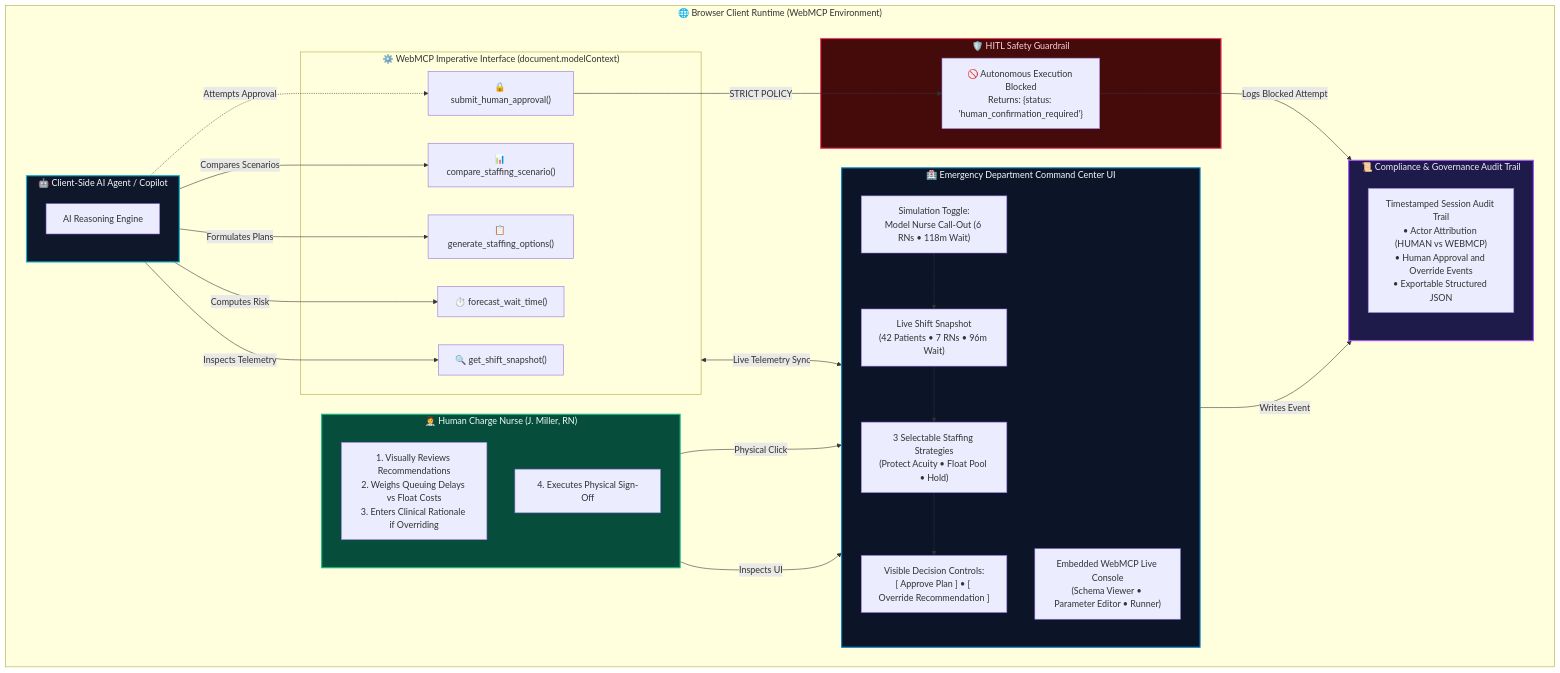
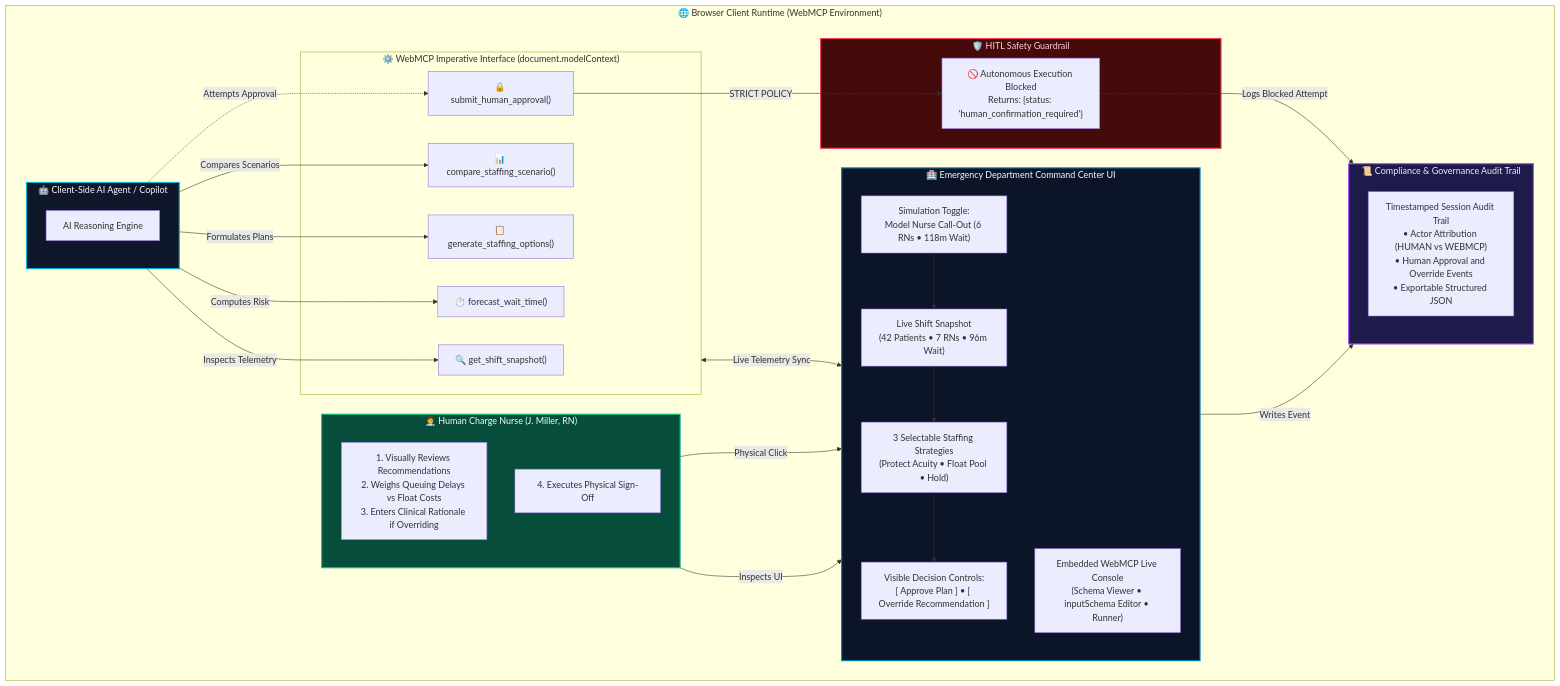
One commit to draculess99/SafeStaff-Shift-Commander-WebMCP changed the diagram in README.md. Above: the diagram before and after it, drawn with Mermaid. The commit also changed 6 other files, not shown here.

Commit message:
Align WebMCP tools with official inputSchema API

````diff
--- a/README.md
+++ b/README.md
@@ -62,65 +62,65 @@
 ```mermaid
 flowchart TB
     subgraph ClientBrowser ["🌐 Browser Client Runtime (WebMCP Environment)"]
         subgraph WebMCP ["⚙️ WebMCP Imperative Interface (document.modelContext)"]
             T1["🔍 get_shift_snapshot()"]
             T2["⏱️ forecast_wait_time()"]
             T3["📋 generate_staffing_options()"]
             T4["📊 compare_staffing_scenario()"]
             T5["🔒 submit_human_approval()"]
         end
 
         subgraph AI_Agent ["🤖 Client-Side AI Agent / Copilot"]
             direction TB
             AgentBrain["AI Reasoning Engine"] -->|Inspects Telemetry| T1
             AgentBrain -->|Computes Risk| T2
             AgentBrain -->|Formulates Plans| T3
             AgentBrain -->|Compares Scenarios| T4
             AgentBrain -.->|Attempts Approval| T5
         end
 
         subgraph Safety_Guardrail ["🛡️ HITL Safety Guardrail"]
             T5 -->|STRICT POLICY| BlockAction["🚫 Autonomous Execution Blocked\nReturns: {status: 'human_confirmation_required'}"]
         end
 
         subgraph Command_Center_UI ["🏥 Emergency Department Command Center UI"]
             direction TB
             LiveTelemetry["Live Shift Snapshot\n(42 Patients • 7 RNs • 96m Wait)"]
             CalloutToggle["Simulation Toggle:\nModel Nurse Call-Out (6 RNs • 118m Wait)"]
             StrategyCards["3 Selectable Staffing Strategies\n(Protect Acuity • Float Pool • Hold)"]
             ActionControls["Visible Decision Controls:\n[ Approve Plan ] • [ Override Recommendation ]"]
-            LiveInspector["Embedded WebMCP Live Console\n(Schema Viewer • Parameter Editor • Runner)"]
+            LiveInspector["Embedded WebMCP Live Console\n(Schema Viewer • inputSchema Editor • Runner)"]
         end
 
         subgraph Clinician ["👩‍⚕️ Human Charge Nurse (J. Miller, RN)"]
             ReviewState["1. Visually Reviews Recommendations\n2. Weighs Queuing Delays vs Float Costs\n3. Enters Clinical Rationale if Overriding"]
             Authorize["4. Executes Physical Sign-Off"]
         end
 
         subgraph Audit_Log ["📜 Compliance & Governance Audit Trail"]
             AuditRecords["Timestamped Session Audit Trail\n• Actor Attribution (HUMAN vs WEBMCP)\n• Human Approval and Override Events\n• Exportable Structured JSON"]
         end
     end
 
     %% Connections
     LiveTelemetry --> StrategyCards
     CalloutToggle --> LiveTelemetry
     StrategyCards --> ActionControls
     Clinician -->|Inspects UI| StrategyCards
     Clinician -->|Physical Click| ActionControls
     ActionControls -->|Writes Event| Audit_Log
     BlockAction -->|Logs Blocked Attempt| Audit_Log
     WebMCP <-->|Live Telemetry Sync| LiveTelemetry
 
     classDef agent fill:#0f172a,stroke:#06b6d4,stroke-width:2px,color:#f8fafc;
     classDef safety fill:#450a0a,stroke:#f43f5e,stroke-width:2px,color:#fecdd3;
     classDef ui fill:#0c1427,stroke:#0284c7,stroke-width:2px,color:#f8fafc;
     classDef human fill:#064e3b,stroke:#10b981,stroke-width:2px,color:#ecfdf5;
     classDef audit fill:#1e1b4b,stroke:#a855f7,stroke-width:2px,color:#f3e8ff;
 
     class AI_Agent agent;
     class Safety_Guardrail safety;
     class Command_Center_UI ui;
     class Clinician human;
     class Audit_Log audit;
 ```
````
